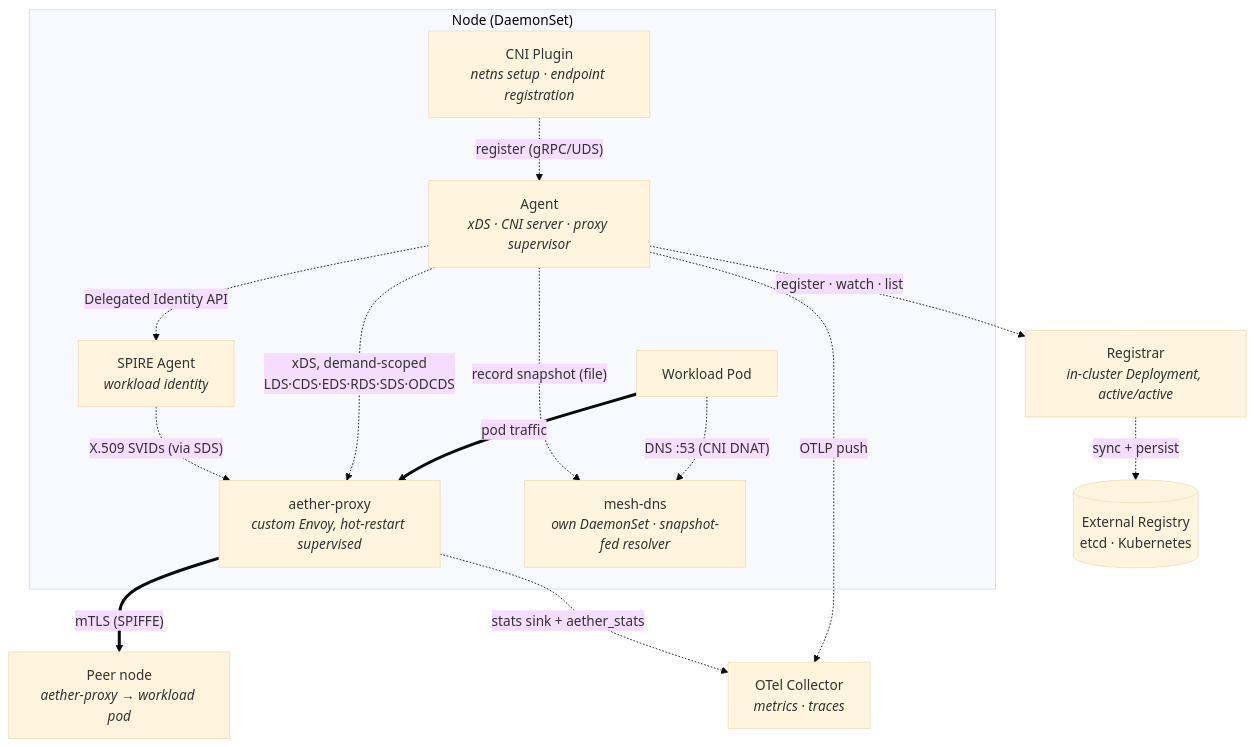
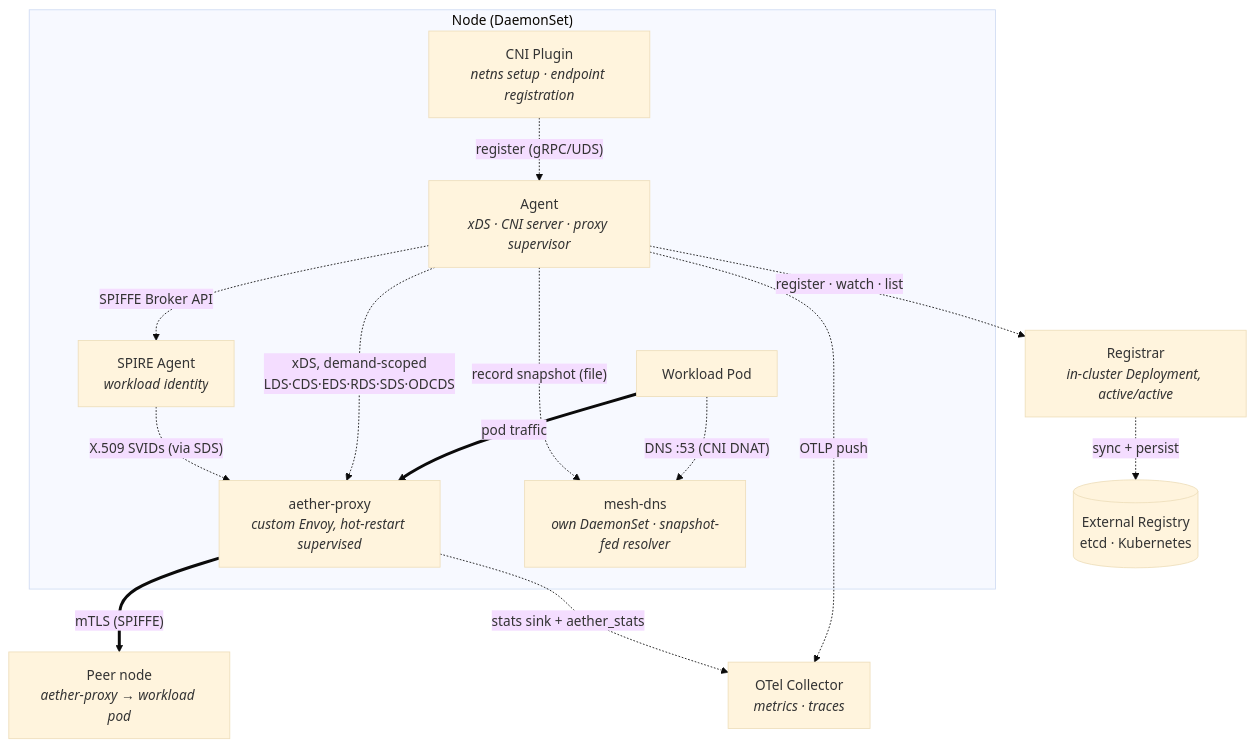
One commit to bpalermo/aether changed the diagram in README.md. Above: the diagram before and after it, drawn with Mermaid (base theme). The commit also changed other lines of this file and 38 other files, not shown here.

````diff
--- a/README.md
+++ b/README.md
@@ -9,32 +9,32 @@
 ```mermaid
 graph TD
     subgraph node["Node (DaemonSet)"]
         Pod["Workload Pod"]
         CNI["CNI Plugin<br/><i>netns setup · endpoint registration</i>"]
         Agent["Agent<br/><i>xDS · CNI server · proxy supervisor</i>"]
         Proxy["aether-proxy<br/><i>custom Envoy, hot-restart supervised</i>"]
         MeshDNS["mesh-dns<br/><i>own DaemonSet · snapshot-fed resolver</i>"]
         SPIRE["SPIRE Agent<br/><i>workload identity</i>"]
 
         Pod == "pod traffic" ==> Proxy
         Pod -. "DNS :53 (CNI DNAT)" .-> MeshDNS
         Agent -. "record snapshot (file)" .-> MeshDNS
         CNI -. "register (gRPC/UDS)" .-> Agent
         Agent -. "xDS, demand-scoped<br/>LDS·CDS·EDS·RDS·SDS·ODCDS" .-> Proxy
-        Agent -. "Delegated Identity API" .-> SPIRE
+        Agent -. "SPIFFE Broker API" .-> SPIRE
         SPIRE -. "X.509 SVIDs (via SDS)" .-> Proxy
     end
 
     Peer["Peer node<br/><i>aether-proxy → workload pod</i>"]
     Proxy == "mTLS (SPIFFE)" ==> Peer
 
     Registrar["Registrar<br/><i>in-cluster Deployment, active/active</i>"]
     Agent -. "register · watch · list" .-> Registrar
 
     Registry[("External Registry<br/>etcd · Kubernetes")]
     Registrar -. "sync + persist" .-> Registry
 
     OTel["OTel Collector<br/><i>metrics · traces</i>"]
     Agent -. "OTLP push" .-> OTel
     Proxy -. "stats sink + aether_stats" .-> OTel
 ```
````
